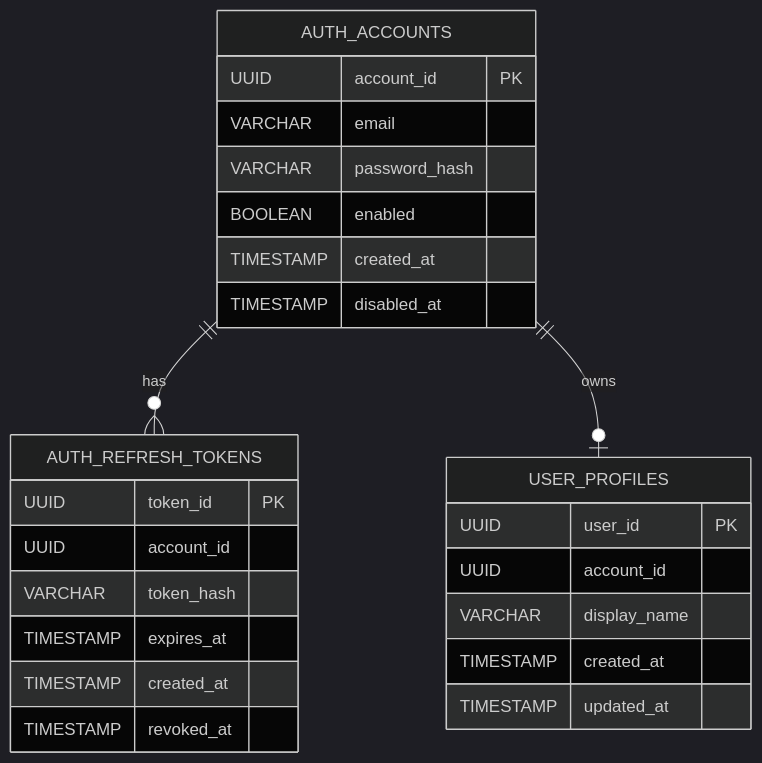
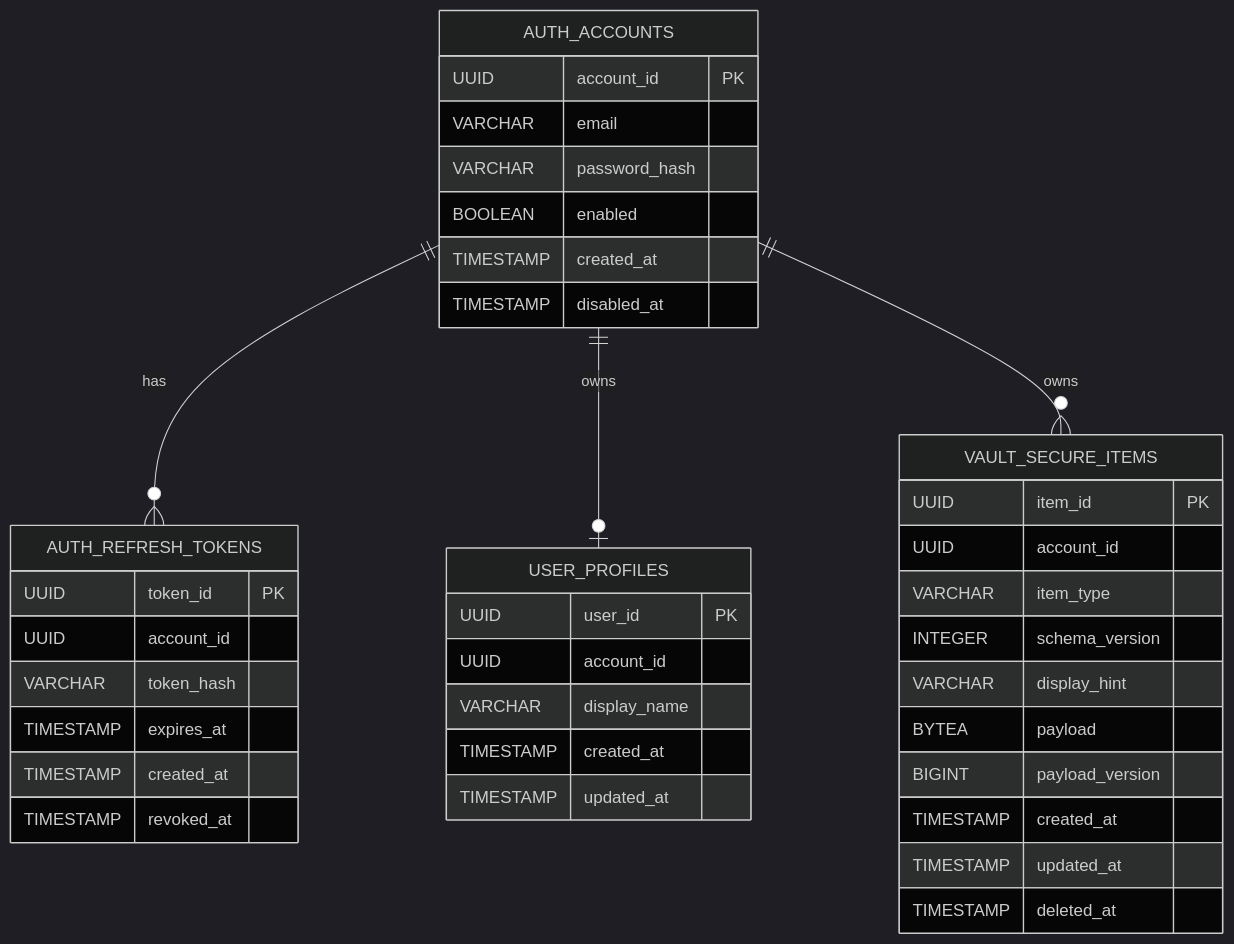
One commit to miguelrodriguez19/safecube-backend changed the diagram in docs/architecture/database_strategy.md. Above: the diagram before and after it, drawn with Mermaid (dark theme). The commit also changed other lines of this file and 5 other files, not shown here.

````diff
--- a/docs/architecture/database_strategy.md
+++ b/docs/architecture/database_strategy.md
@@ -117,31 +206,47 @@
 ```mermaid
 erDiagram
     AUTH_ACCOUNTS {
         UUID account_id PK
         VARCHAR email
         VARCHAR password_hash
         BOOLEAN enabled
         TIMESTAMP created_at
         TIMESTAMP disabled_at
     }
 
     AUTH_REFRESH_TOKENS {
         UUID token_id PK
         UUID account_id
         VARCHAR token_hash
         TIMESTAMP expires_at
         TIMESTAMP created_at
         TIMESTAMP revoked_at
     }
 
     USER_PROFILES {
         UUID user_id PK
         UUID account_id
         VARCHAR display_name
         TIMESTAMP created_at
         TIMESTAMP updated_at
     }
+    
+    VAULT_SECURE_ITEMS {
+        UUID item_id PK
+        UUID account_id
+        VARCHAR item_type
+        INTEGER schema_version
+        VARCHAR display_hint
+        BYTEA payload
+        BIGINT payload_version
+        TIMESTAMP created_at
+        TIMESTAMP updated_at
+        TIMESTAMP deleted_at
+    }
+
 
     AUTH_ACCOUNTS ||--o{ AUTH_REFRESH_TOKENS : has
     AUTH_ACCOUNTS ||--o| USER_PROFILES : owns
+    AUTH_ACCOUNTS ||--o{ VAULT_SECURE_ITEMS : owns
+
 ```
````
